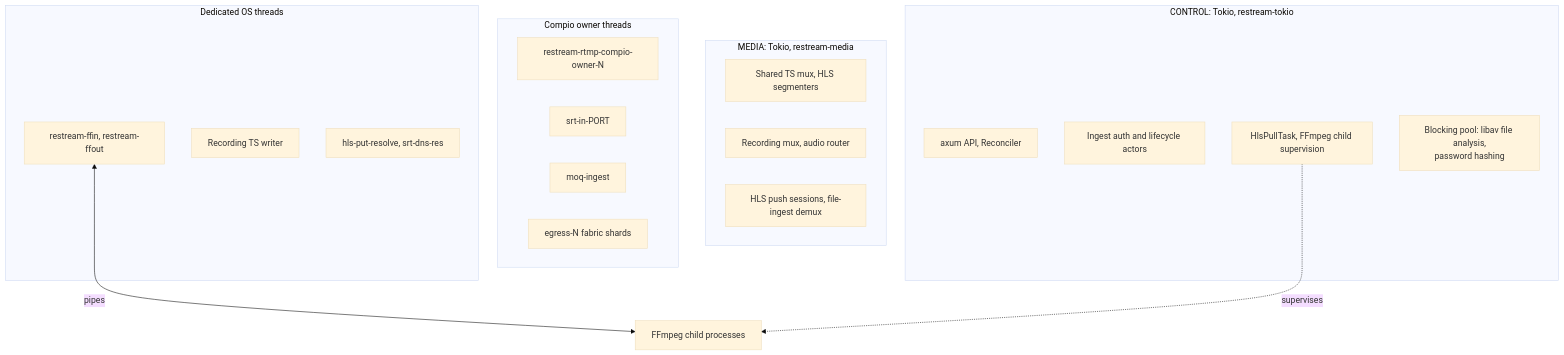
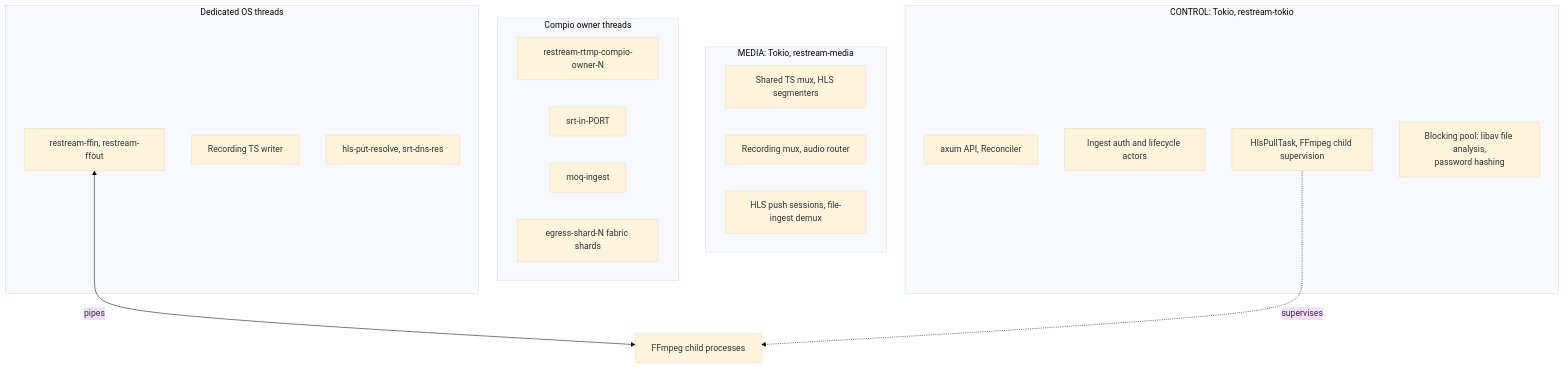
One commit to krsna1729/restream changed the third of 6 diagrams in docs/architecture.md. Above: the diagram before and after it, drawn with Mermaid (base theme). The commit also changed other lines of this file and 3 other files, not shown here.

````diff
--- a/docs/architecture.md
+++ b/docs/architecture.md
@@ -108,28 +108,28 @@
 ```mermaid
 flowchart TD
     subgraph Control["CONTROL: Tokio, restream-tokio"]
         C1["axum API, Reconciler"]
         C2["Ingest auth and lifecycle actors"]
         C3["HlsPullTask, FFmpeg child supervision"]
         C4["Blocking pool: libav file analysis,<br/>password hashing"]
     end
     subgraph Media["MEDIA: Tokio, restream-media"]
         M1["Shared TS mux, HLS segmenters"]
         M2["Recording mux, audio router"]
         M3["HLS push sessions, file-ingest demux"]
     end
     subgraph Compio["Compio owner threads"]
         O1["restream-rtmp-compio-owner-N"]
         O2["srt-in-PORT"]
         O3["moq-ingest"]
-        O4["egress-N fabric shards"]
+        O4["egress-shard-N fabric shards"]
     end
     subgraph Os["Dedicated OS threads"]
         T1["restream-ffin, restream-ffout"]
         T2["Recording TS writer"]
         T3["hls-put-resolve, srt-dns-res"]
     end
     Child["FFmpeg child processes"]
     T1 <-->|pipes| Child
     C3 -.->|supervises| Child
 ```
````
